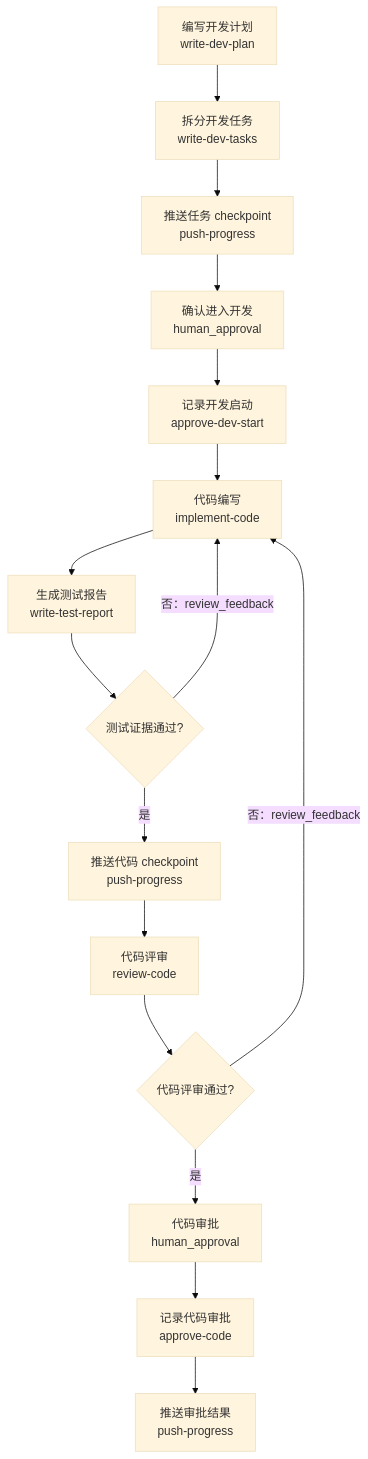
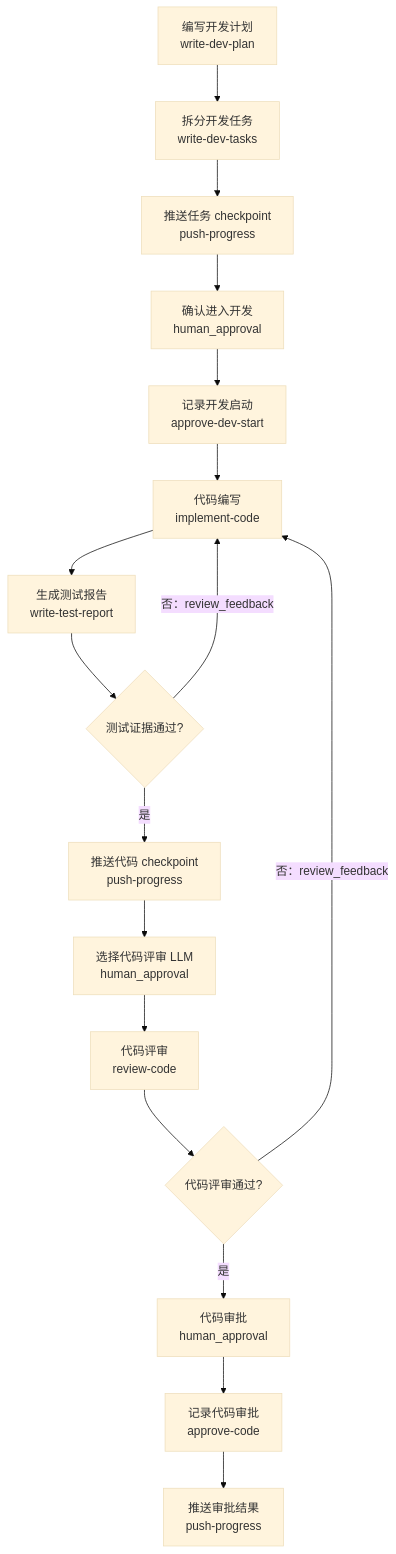
One commit to OldBoy405/AI-First-tools changed the eighth of 10 diagrams in README.md. Above: the diagram before and after it, drawn with Mermaid (base theme). The commit also changed other lines of this file and 2 other files, not shown here.

Commit message:
feat(pipeline): code-implementation 评审前插入「选择代码评审 LLM」human_approval 暂停节点（0013，12→13 节点）+ review_llm 触发输入 + review-code prompt 头部承接与 reviewer-model 留痕（自报）+ _index.yml/README 节点表/mermaid 同步，replayNodes 零改动一次选择全程复用（CR-2026-023 TASK-04/05）

````diff
--- a/README.md
+++ b/README.md
@@ -415,18 +415,19 @@
 ```mermaid
 flowchart TD
   D1["编写开发计划<br/>write-dev-plan"] --> D2["拆分开发任务<br/>write-dev-tasks"]
   D2 --> D3["推送任务 checkpoint<br/>push-progress"]
   D3 --> D4["确认进入开发<br/>human_approval"]
   D4 --> D5["记录开发启动<br/>approve-dev-start"]
   D5 --> D6["代码编写<br/>implement-code"]
   D6 --> D7["生成测试报告<br/>write-test-report"]
   D7 --> D7G{"测试证据通过?"}
   D7G -- "否：review_feedback" --> D6
   D7G -- "是" --> D8["推送代码 checkpoint<br/>push-progress"]
-  D8 --> D9["代码评审<br/>review-code"]
+  D8 --> D8S["选择代码评审 LLM<br/>human_approval"]
+  D8S --> D9["代码评审<br/>review-code"]
   D9 --> D9G{"代码评审通过?"}
   D9G -- "否：review_feedback" --> D6
   D9G -- "是" --> D10["代码审批<br/>human_approval"]
   D10 --> D11["记录代码审批<br/>approve-code"]
   D11 --> D12["推送审批结果<br/>push-progress"]
 ```
````
